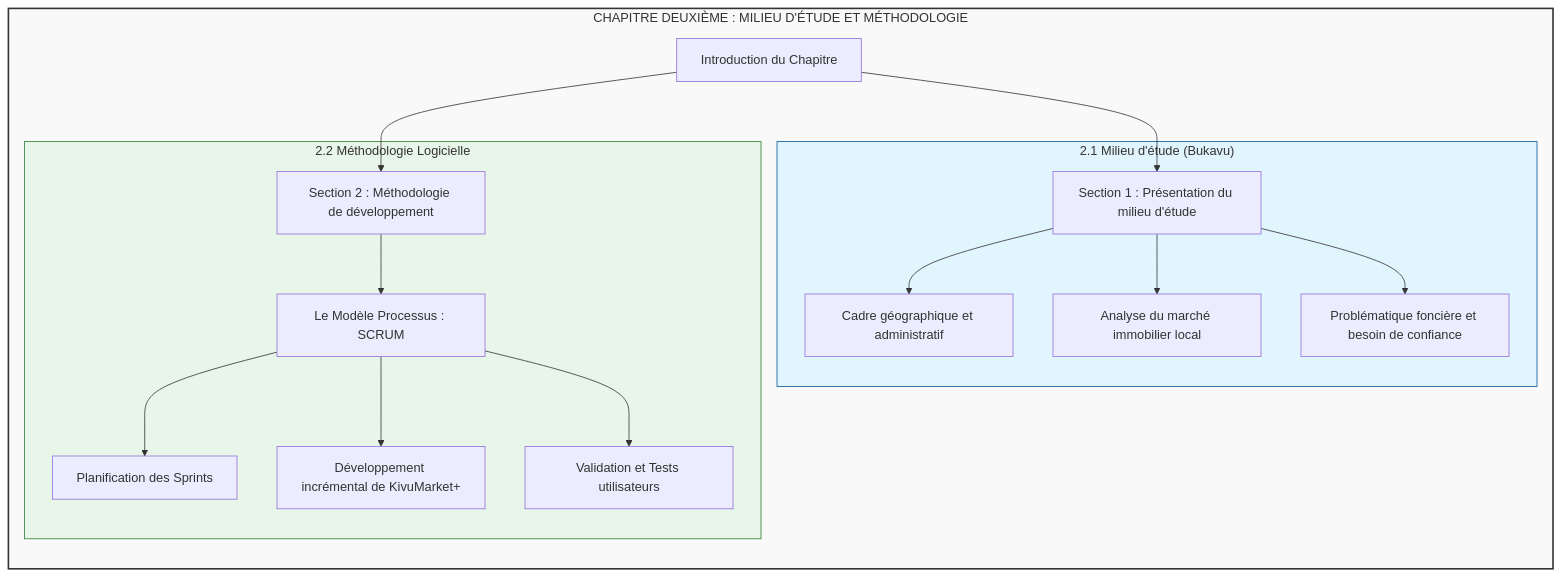
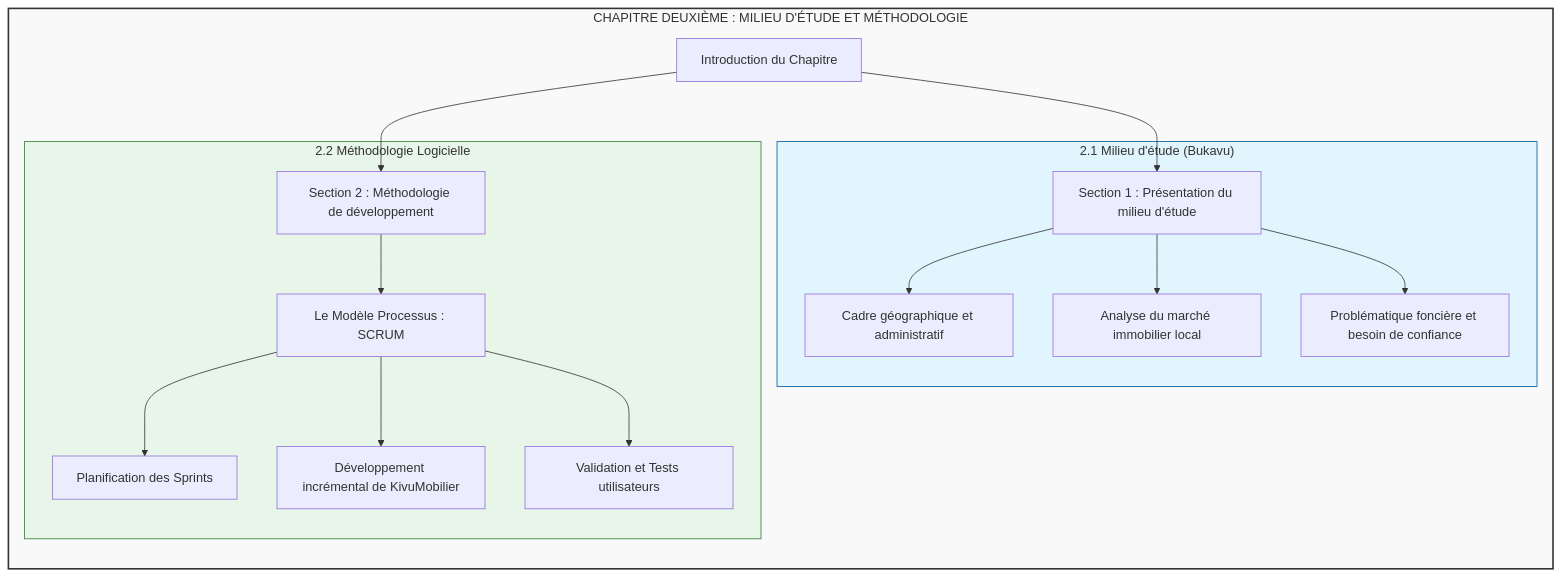
The diagram in docs chap2/diagramme_1_plan.md (johnmoka111/memoire-LWESSO), drawn with Mermaid before and after one commit. The commit also changed 32 other files, not shown here.

Commit message:
refactor: renommer KivuMarket+ en KivuMobilier dans tout le projet

````diff
--- a/docs chap2/diagramme_1_plan.md
+++ b/docs chap2/diagramme_1_plan.md
@@ -3,25 +3,25 @@
 ```mermaid
 flowchart TD
     subgraph Chap2 ["CHAPITRE DEUXIÈME : MILIEU D'ÉTUDE ET MÉTHODOLOGIE"]
         direction TB
         A[Introduction du Chapitre] --> B[Section 1 : Présentation du milieu d'étude]
         A --> C[Section 2 : Méthodologie de développement]
         
         subgraph S1 ["2.1 Milieu d'étude (Bukavu)"]
             B --> B1[Cadre géographique et administratif]
             B --> B2[Analyse du marché immobilier local]
             B --> B3[Problématique foncière et besoin de confiance]
         end
         
         subgraph S2 ["2.2 Méthodologie Logicielle"]
             C --> C1[Le Modèle Processus : SCRUM]
             C1 --> C2[Planification des Sprints]
-            C1 --> C3[Développement incrémental de KivuMarket+]
+            C1 --> C3[Développement incrémental de KivuMobilier]
             C1 --> C4[Validation et Tests utilisateurs]
         end
     end
 
     style Chap2 fill:#f9f9f9,stroke:#333,stroke-width:2px
     style S1 fill:#e1f5fe,stroke:#01579b
     style S2 fill:#e8f5e9,stroke:#2e7d32
 ```
````
